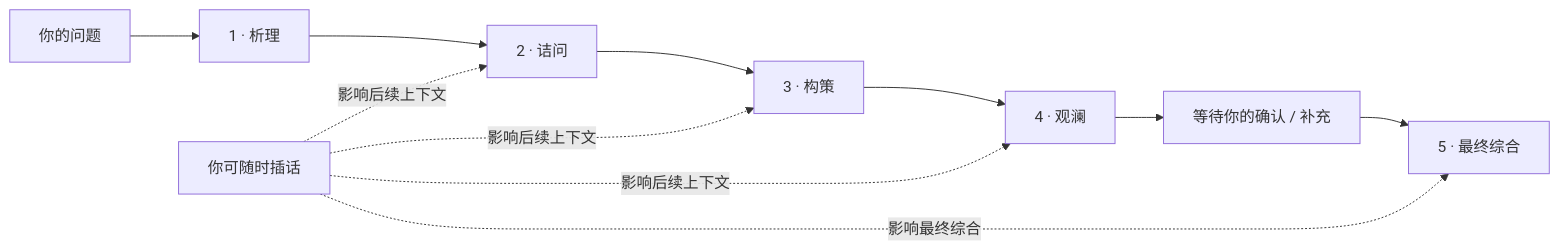
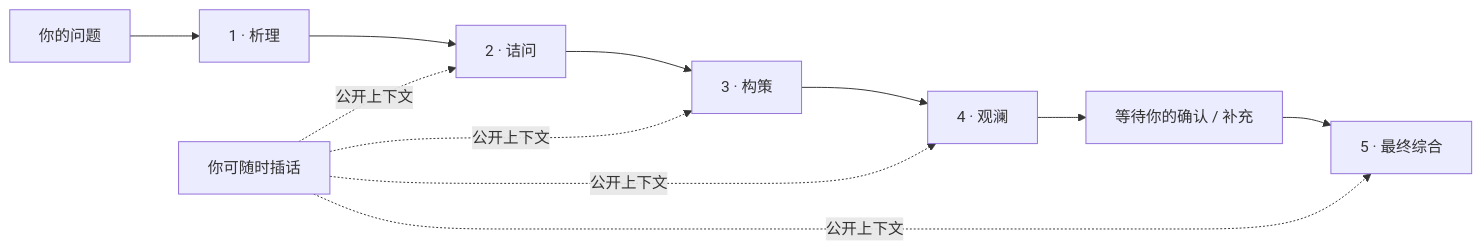
One commit to loveramarois-byte/council-lab changed the diagram in README.md. Above: the diagram before and after it, drawn with Mermaid. The commit also changed other lines of this file and 2 other files, not shown here.

````diff
--- a/README.md
+++ b/README.md
@@ -154,13 +43,13 @@
 ```mermaid
 flowchart LR
     Q["你的问题"] --> A["1 · 析理"]
     A --> B["2 · 诘问"]
     B --> C["3 · 构策"]
     C --> D["4 · 观澜"]
     D --> H["等待你的确认 / 补充"]
     H --> S["5 · 最终综合"]
-    U["你可随时插话"] -.影响后续上下文.-> B
-    U -.影响后续上下文.-> C
-    U -.影响后续上下文.-> D
-    U -.影响最终综合.-> S
+    U["你可随时插话"] -.公开上下文.-> B
+    U -.公开上下文.-> C
+    U -.公开上下文.-> D
+    U -.公开上下文.-> S
 ```
````
